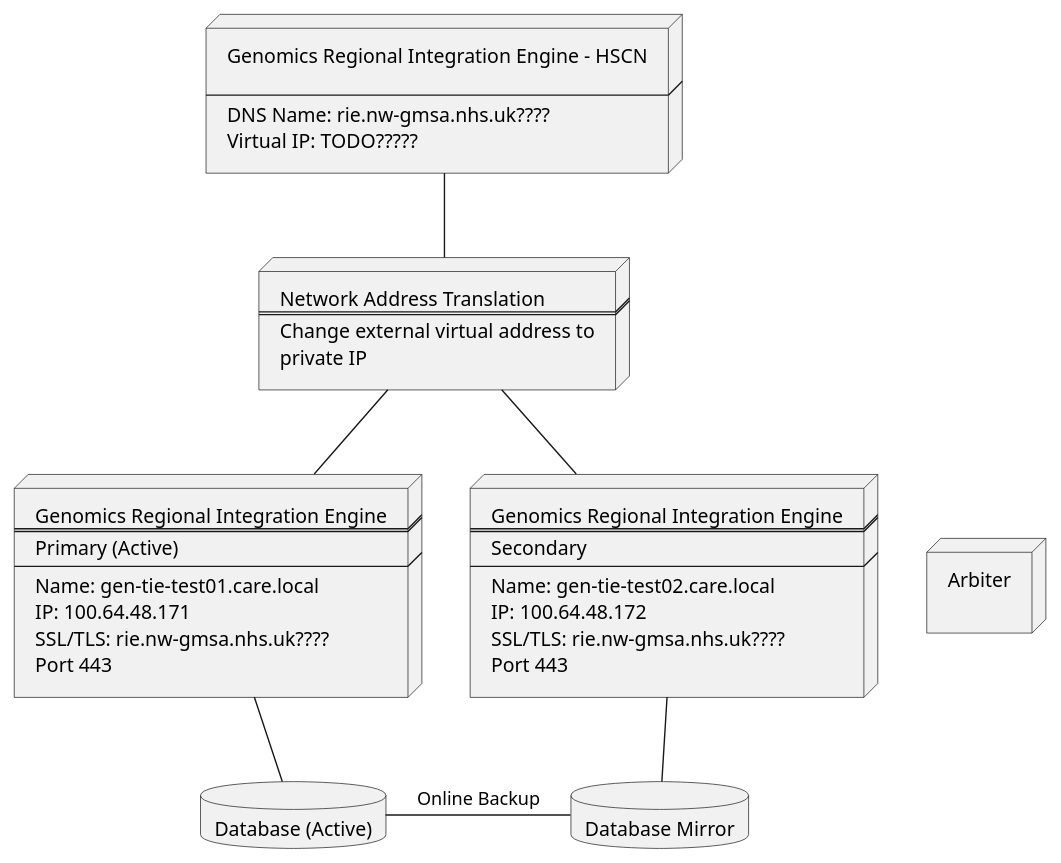
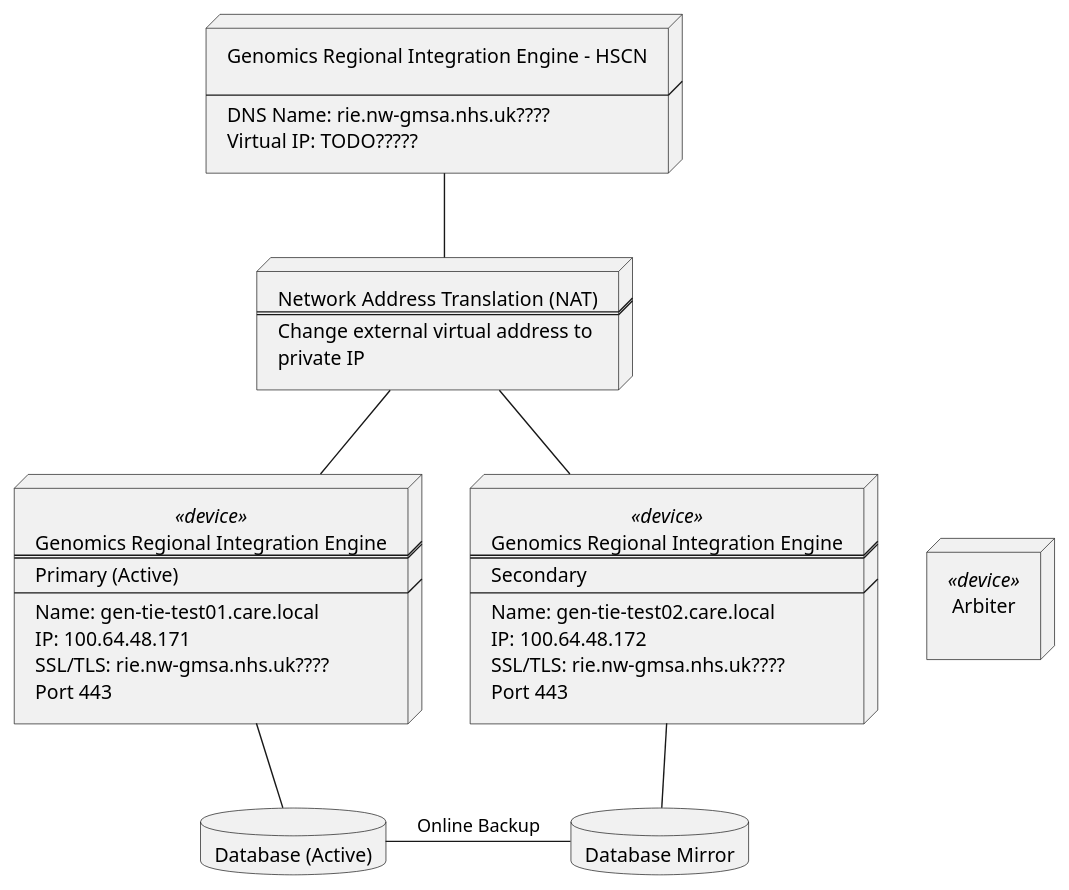
One commit to nw-gmsa/nw-gmsa.github.com changed the diagram in input/images-source/deployment.plantuml. Above: the diagram before and after it, drawn with PlantUML.

Commit message:
Deployment diagram

```diff
--- a/input/images-source/deployment.plantuml
+++ b/input/images-source/deployment.plantuml
@@ -1,75 +1,75 @@
 @startuml
 
 
 node network [
 Genomics Regional Integration Engine - HSCN
 
 ----
 DNS Name: rie.nw-gmsa.nhs.uk????
 Virtual IP: TODO?????
 ]
 
 node NAT [
-Network Address Translation
+Network Address Translation (NAT)
 ====
 Change external virtual address to
 private IP
 ]
 
 
-node arbiter [
+node arbiter <<device>> [
 Arbiter
 
 ]
 
 
-node tie1 [
+node tie1 <<device>> [
 Genomics Regional Integration Engine
 ====
 Primary (Active)
 ----
 Name: gen-tie-test01.care.local
 IP: 100.64.48.171
 SSL/TLS: rie.nw-gmsa.nhs.uk????
 Port 443
 ]
 
 
-node tie2 [
+node tie2 <<device>> [
 Genomics Regional Integration Engine
 ====
 Secondary
 ----
 Name: gen-tie-test02.care.local
 IP: 100.64.48.172
 SSL/TLS: rie.nw-gmsa.nhs.uk????
 Port 443
 ]
 
 node arbiter [
 Arbiter
 ]
 
 
 database database1 [
 Database (Active)
 ]
 
 database database2 [
 Database Mirror
 ]
 
 network -- NAT
 NAT -d- tie1
 NAT -d- tie2
 
 tie1 -r[hidden]- tie2
 tie2 -r[hidden]- arbiter
 
 tie1 -- database1
 database1 -r- database2: Online Backup
 tie2 -- database2
 
 
 
 @enduml
```
